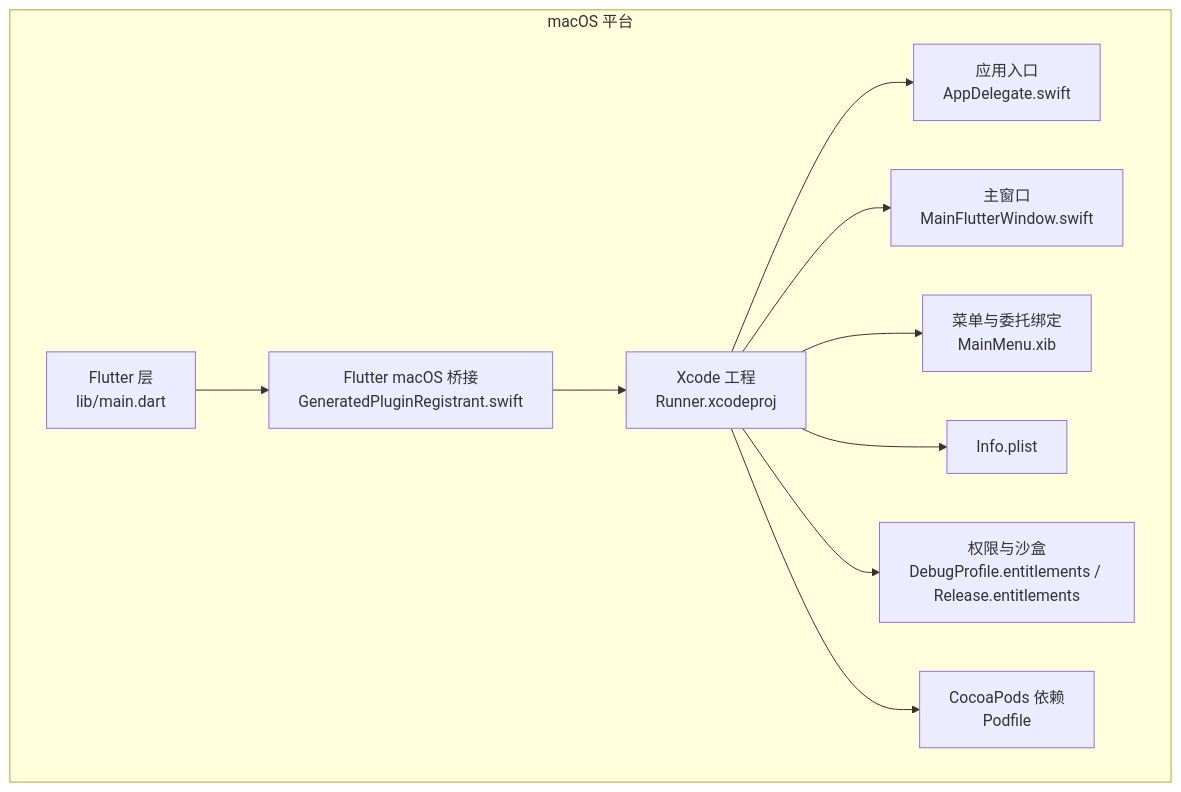
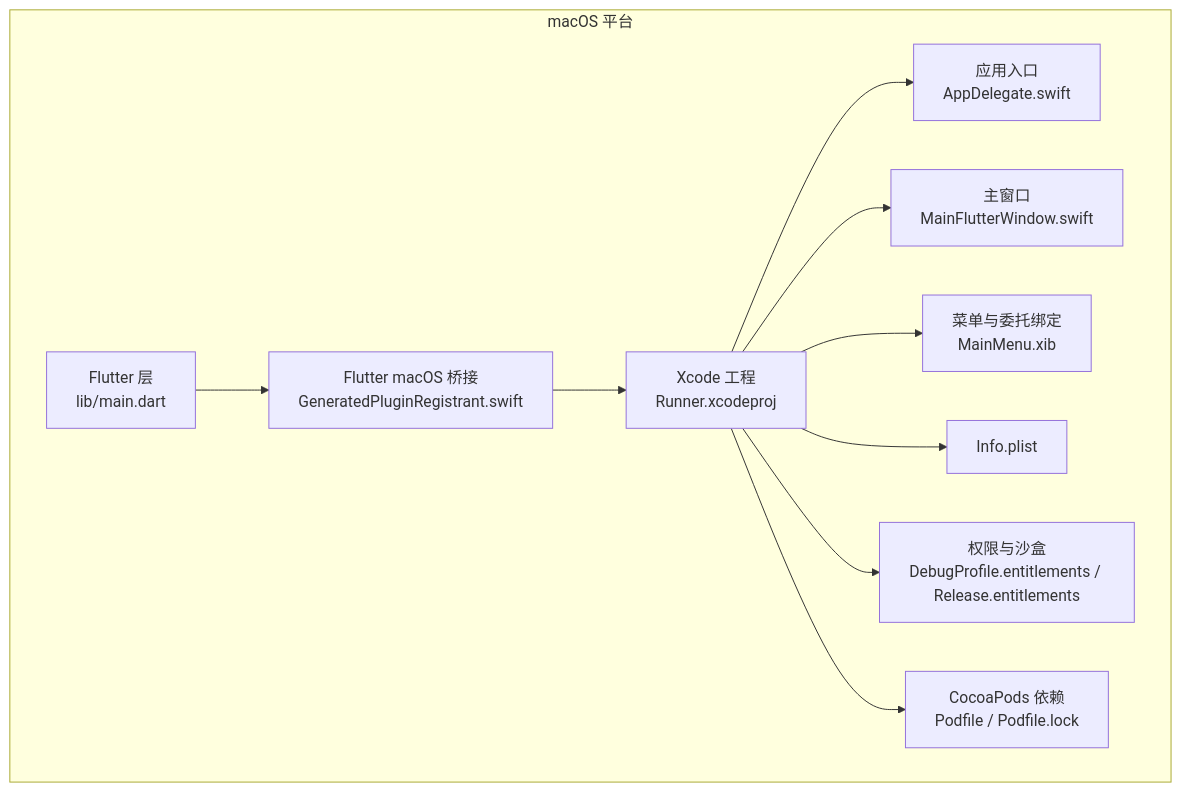
The first of 7 diagrams in .qoder/repowiki/zh/content/跨平台支持/macOS 平台支持.md (kongpf8848/objectbox_viewer), drawn with Mermaid before and after one commit. The commit also changed other lines of this file and 9 other files, not shown here.

````diff
--- a/.qoder/repowiki/zh/content/跨平台支持/macOS 平台支持.md
+++ b/.qoder/repowiki/zh/content/跨平台支持/macOS 平台支持.md
@@ -46,13 +54,13 @@
 ```mermaid
 graph TB
 subgraph "macOS 平台"
 A["Flutter 层<br/>lib/main.dart"] --> B["Flutter macOS 桥接<br/>GeneratedPluginRegistrant.swift"]
 B --> C["Xcode 工程<br/>Runner.xcodeproj"]
 C --> D["应用入口<br/>AppDelegate.swift"]
 C --> E["主窗口<br/>MainFlutterWindow.swift"]
 C --> F["菜单与委托绑定<br/>MainMenu.xib"]
 C --> G["Info.plist"]
 C --> H["权限与沙盒<br/>DebugProfile.entitlements / Release.entitlements"]
-C --> I["CocoaPods 依赖<br/>Podfile"]
+C --> I["CocoaPods 依赖<br/>Podfile / Podfile.lock"]
 end
 ```
````
